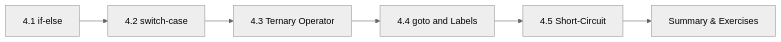
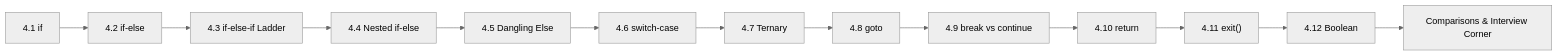
One commit to Raushan666java/ai-engineering-journey changed the diagram in docs/courses/c-programming/04-control-flow.md. Above: the diagram before and after it, drawn with Mermaid (neutral theme). The commit also changed other lines of this file and 23 other files, not shown here.

````diff
--- a/docs/courses/c-programming/04-control-flow.md
+++ b/docs/courses/c-programming/04-control-flow.md
@@ -25,8 +27,15 @@
 ```mermaid
 flowchart LR
-    A["4.1 if-else"] --> B["4.2 switch-case"]
-    B --> C["4.3 Ternary Operator"]
-    C --> D["4.4 goto and Labels"]
-    D --> E["4.5 Short-Circuit"]
-    E --> F["Summary & Exercises"]
+    A["4.1 if"] --> B["4.2 if-else"]
+    B --> C["4.3 if-else-if Ladder"]
+    C --> D["4.4 Nested if-else"]
+    D --> E["4.5 Dangling Else"]
+    E --> F["4.6 switch-case"]
+    F --> G["4.7 Ternary"]
+    G --> H["4.8 goto"]
+    H --> I["4.9 break vs continue"]
+    I --> J["4.10 return"]
+    J --> K["4.11 exit()"]
+    K --> L["4.12 Boolean"]
+    L --> M["Comparisons & Interview Corner"]
 ```
````
